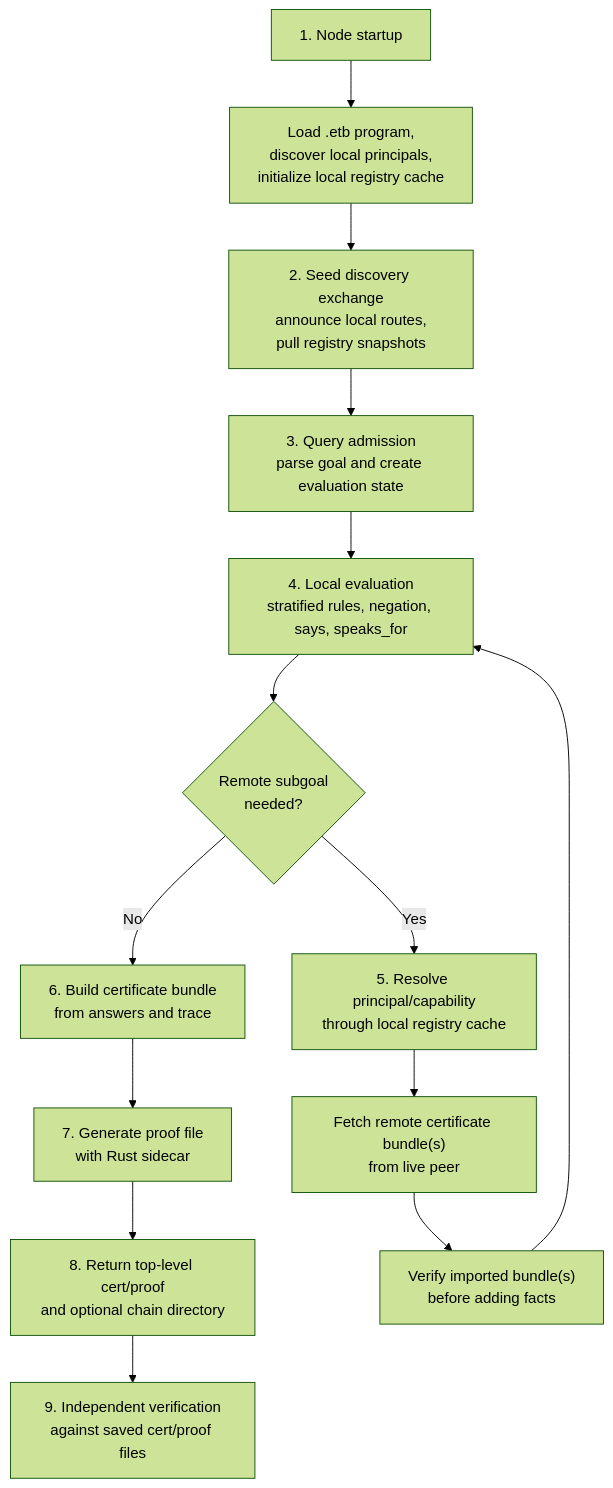
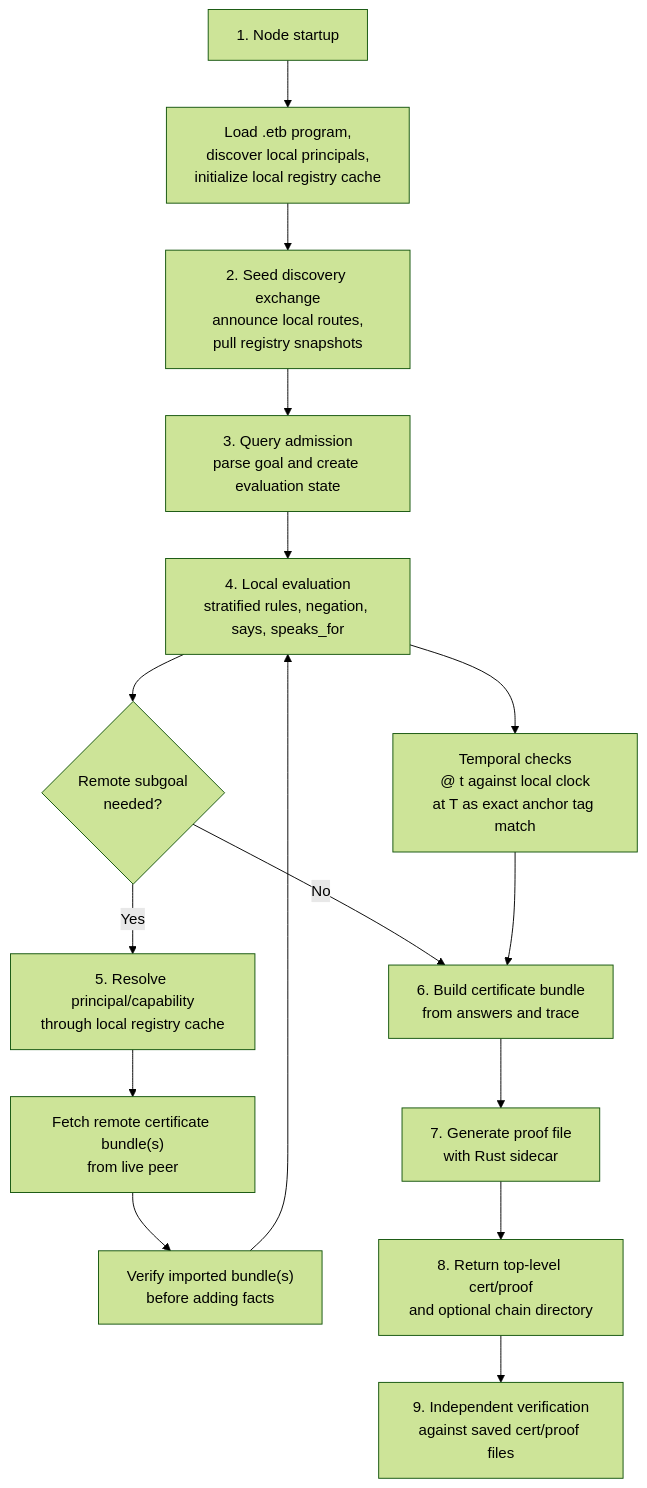
The second of 6 diagrams in docs/architecture.md (karthiknukala/etb3), drawn with Mermaid (forest theme) before and after one commit. The commit also changed other lines of this file and 1 other file, not shown here.

Commit message:
Clarify current temporal semantics in architecture docs

````diff
--- a/docs/architecture.md
+++ b/docs/architecture.md
@@ -76,16 +76,18 @@
 ```mermaid
 flowchart TD
   Start["1. Node startup"] --> Load["Load .etb program,<br/>discover local principals,<br/>initialize local registry cache"]
   Load --> Seed["2. Seed discovery exchange<br/>announce local routes,<br/>pull registry snapshots"]
   Seed --> Query["3. Query admission<br/>parse goal and create evaluation state"]
   Query --> Eval["4. Local evaluation<br/>stratified rules, negation, says, speaks_for"]
   Eval --> Remote{"Remote subgoal<br/>needed?"}
   Remote -- "No" --> Cert["6. Build certificate bundle<br/>from answers and trace"]
   Remote -- "Yes" --> Resolve["5. Resolve principal/capability<br/>through local registry cache"]
   Resolve --> RPC["Fetch remote certificate bundle(s)<br/>from live peer"]
   RPC --> Verify["Verify imported bundle(s)<br/>before adding facts"]
   Verify --> Eval
+  Eval --> Temporal["Temporal checks<br/>@ t against local clock<br/>at T as exact anchor tag match"]
+  Temporal --> Cert
   Cert --> Proof["7. Generate proof file<br/>with Rust sidecar"]
   Proof --> Return["8. Return top-level cert/proof<br/>and optional chain directory"]
   Return --> Independent["9. Independent verification<br/>against saved cert/proof files"]
 ```
````
